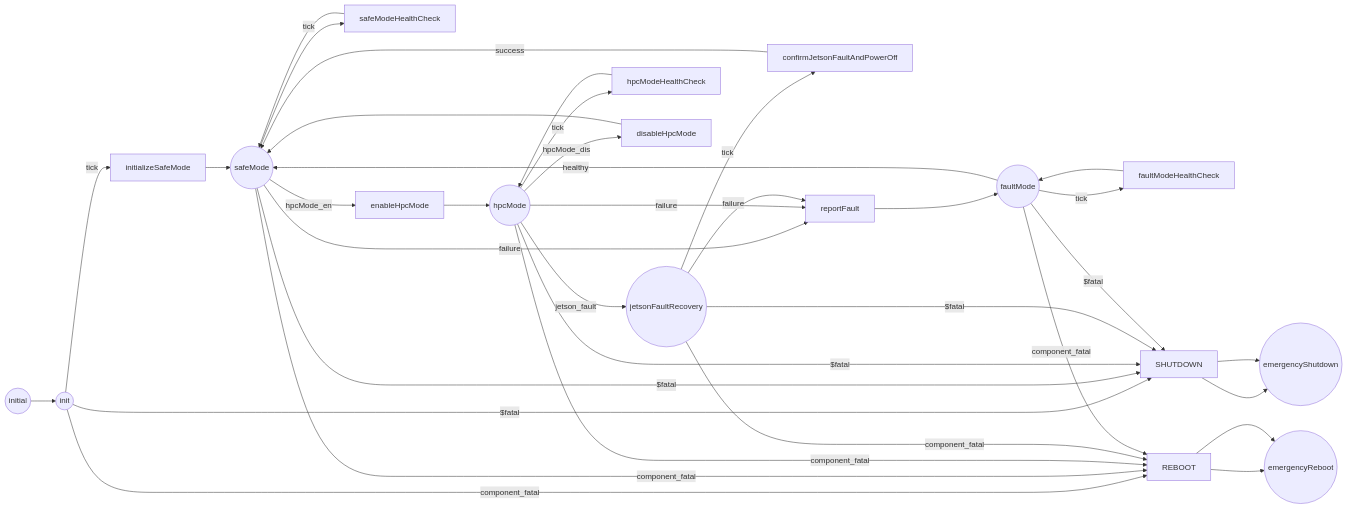
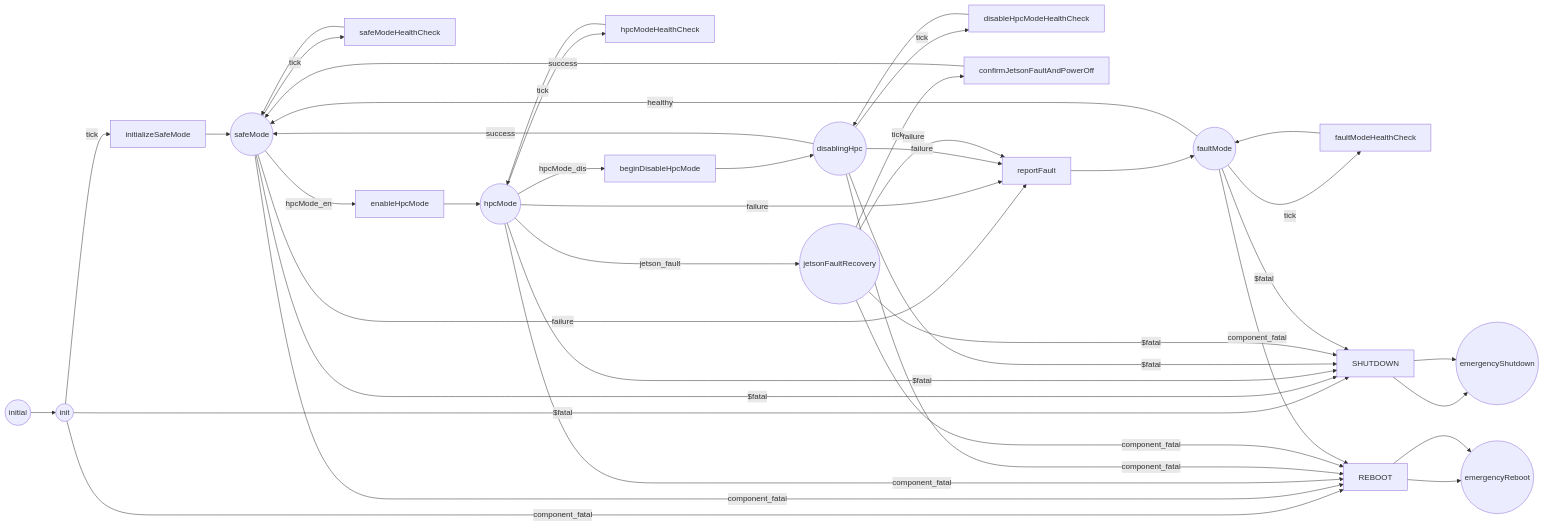
One commit to BroncoSpace-Lab/fprime-scales changed the first of 8 diagrams in scales/scalesSvc/FPManager/docs/sdd.md. Above: the diagram before and after it, drawn with Mermaid. The commit also changed other lines of this file and 6 other files, not shown here.

````diff
--- a/scales/scalesSvc/FPManager/docs/sdd.md
+++ b/scales/scalesSvc/FPManager/docs/sdd.md
@@ -276,53 +290,61 @@
 ```mermaid
 flowchart LR
     start((initial))
     init((init))
     safe((safeMode))
     hpc((hpcMode))
+    disabling((disablingHpc))
     jetson((jetsonFaultRecovery))
     fault((faultMode))
     emergency((emergencyShutdown))
     reboot((emergencyReboot))
 
     initSafe[initializeSafeMode]
     safeCheck[safeModeHealthCheck]
     hpcCheck[hpcModeHealthCheck]
     enable[enableHpcMode]
-    disable[disableHpcMode]
+    beginDisable[beginDisableHpcMode]
+    disableCheck[disableHpcModeHealthCheck]
     confirm[confirmJetsonFaultAndPowerOff]
     report[reportFault]
     faultCheck[faultModeHealthCheck]
     shutdown[SHUTDOWN]
     rebootAction[REBOOT]
 
     start --> init
     init -->|tick| initSafe --> safe
     init -->|"$fatal"| shutdown --> emergency
     init -->|component_fatal| rebootAction --> reboot
 
     safe -->|tick| safeCheck --> safe
     safe -->|hpcMode_en| enable --> hpc
     safe -->|failure| report --> fault
     safe -->|"$fatal"| shutdown
     safe -->|component_fatal| rebootAction
 
     hpc -->|tick| hpcCheck --> hpc
-    hpc -->|hpcMode_dis| disable --> safe
+    hpc -->|hpcMode_dis| beginDisable --> disabling
     hpc -->|jetson_fault| jetson
     hpc -->|failure| report
     hpc -->|"$fatal"| shutdown
     hpc -->|component_fatal| rebootAction
+
+    disabling -->|tick| disableCheck --> disabling
+    disabling -->|success| safe
+    disabling -->|failure| report
+    disabling -->|"$fatal"| shutdown
+    disabling -->|component_fatal| rebootAction
 
     jetson -->|tick| confirm -->|success| safe
     jetson -->|failure| report
     jetson -->|"$fatal"| shutdown
     jetson -->|component_fatal| rebootAction
 
     fault -->|tick| faultCheck --> fault
     fault -->|healthy| safe
     fault -->|"$fatal"| shutdown
     fault -->|component_fatal| rebootAction
 
     shutdown --> emergency
     rebootAction --> reboot
 ```
````
